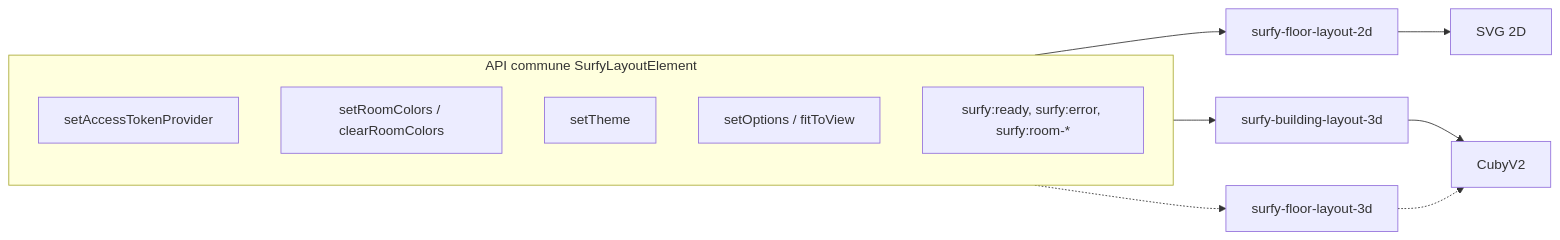
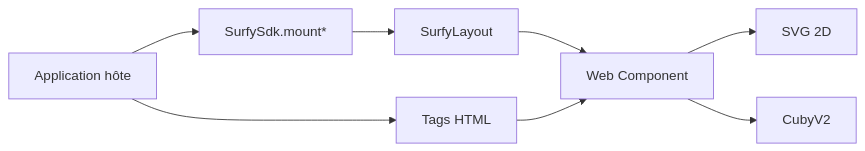
Before and after one commit to surfypro/surfy-help: the diagram in entities/sdk/layout-elements.md, drawn with Mermaid. The commit also changed other lines of this file and 15 other files, not shown here.

First line of the commit message:
docs(sdk): deliver Surfy SDK integrator help for #389

````diff
--- a/entities/sdk/layout-elements.md
+++ b/entities/sdk/layout-elements.md
@@ -16,21 +39,10 @@
 ```mermaid
 flowchart LR
-  subgraph api["API commune SurfyLayoutElement"]
-    Auth["setAccessTokenProvider"]
-    Colors["setRoomColors / clearRoomColors"]
-    Theme["setTheme"]
-    Opt3d["setOptions / fitToView"]
-    Events["surfy:ready, surfy:error, surfy:room-*"]
-  end
-
-  D2["surfy-floor-layout-2d"]
-  B3["surfy-building-layout-3d"]
-  D3["surfy-floor-layout-3d"]
-
-  api --> D2
-  api --> B3
-  api -.-> D3
-  D2 --> SVG["SVG 2D"]
-  B3 --> Cuby["CubyV2"]
-  D3 -.-> Cuby
+  App["Application hôte"] --> Mount["SurfySdk.mount*"]
+  App --> WC["Tags HTML"]
+  Mount --> Handle["SurfyLayout"]
+  Handle --> CE["Web Component"]
+  WC --> CE
+  CE --> SVG["SVG 2D"]
+  CE --> Cuby["CubyV2"]
 ```
````
